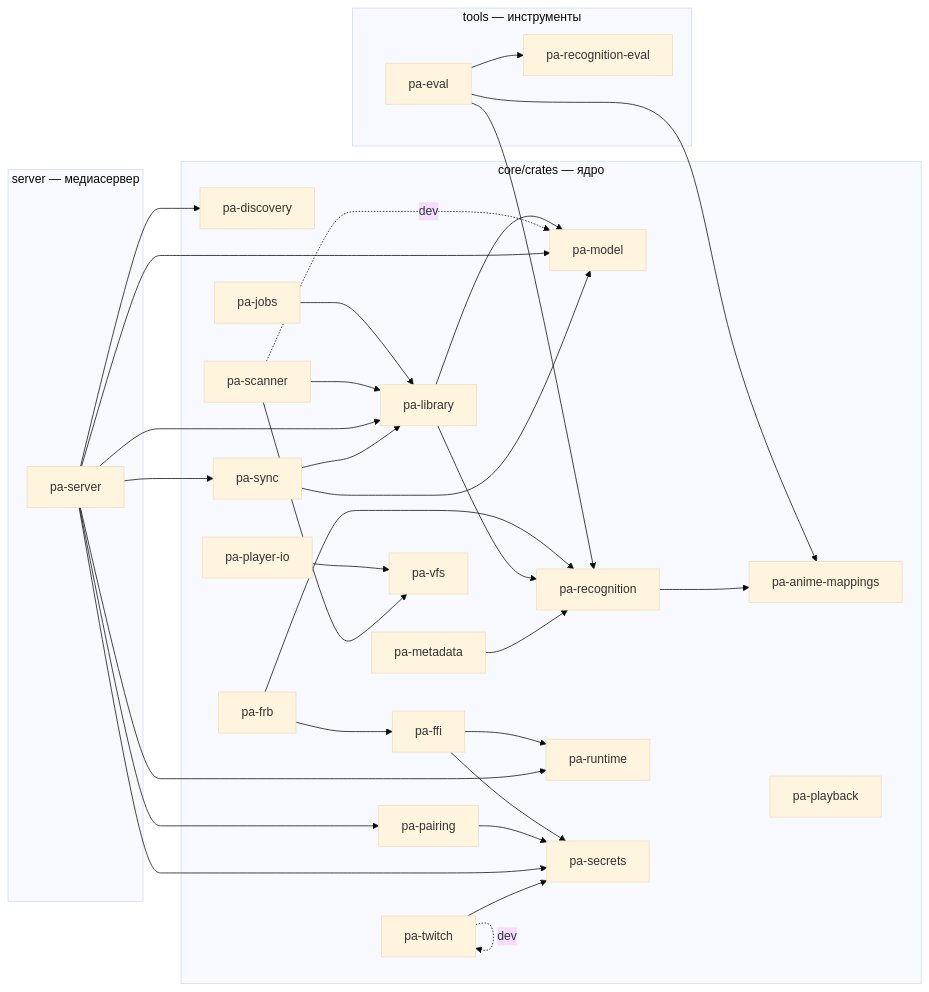
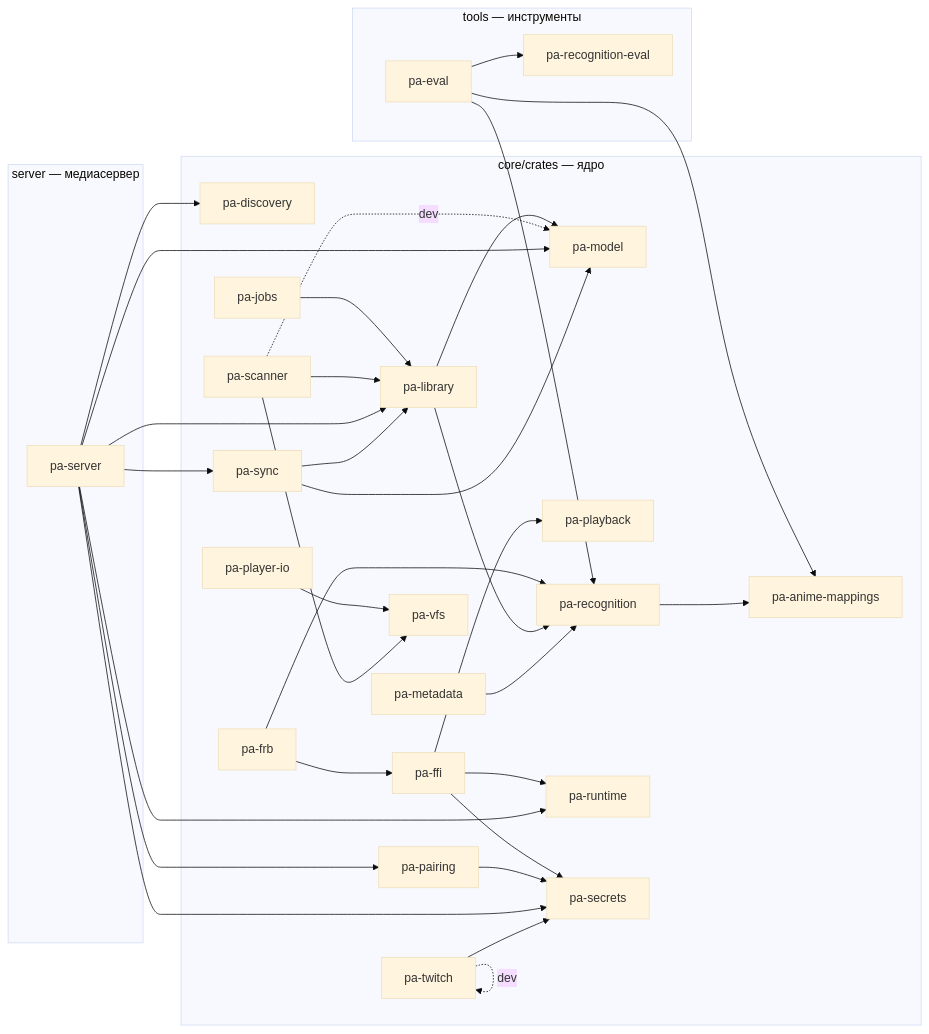
The diagram in docs/dev/crate-graph.md (DenisHumen/project_alpha), drawn with Mermaid (base theme) before and after one commit. The commit also changed 5 other files, not shown here.

Commit message:
docs(play-and): READMEs for the Media3 engine and plugin; crate graph; ROADMAP [PLAY-AND-002]

````diff
--- a/docs/dev/crate-graph.md
+++ b/docs/dev/crate-graph.md
@@ -12,58 +12,59 @@
 ```mermaid
 flowchart LR
   subgraph g0["core/crates — ядро"]
     pa_anime_mappings["pa-anime-mappings"]
     pa_discovery["pa-discovery"]
     pa_ffi["pa-ffi"]
     pa_frb["pa-frb"]
     pa_jobs["pa-jobs"]
     pa_library["pa-library"]
     pa_metadata["pa-metadata"]
     pa_model["pa-model"]
     pa_pairing["pa-pairing"]
     pa_playback["pa-playback"]
     pa_player_io["pa-player-io"]
     pa_recognition["pa-recognition"]
     pa_runtime["pa-runtime"]
     pa_scanner["pa-scanner"]
     pa_secrets["pa-secrets"]
     pa_sync["pa-sync"]
     pa_twitch["pa-twitch"]
     pa_vfs["pa-vfs"]
   end
   subgraph g1["server — медиасервер"]
     pa_server["pa-server"]
   end
   subgraph g2["tools — инструменты"]
     pa_eval["pa-eval"]
     pa_recognition_eval["pa-recognition-eval"]
   end
   pa_eval --> pa_anime_mappings
   pa_eval --> pa_recognition
   pa_eval --> pa_recognition_eval
+  pa_ffi --> pa_playback
   pa_ffi --> pa_runtime
   pa_ffi --> pa_secrets
   pa_frb --> pa_ffi
   pa_frb --> pa_recognition
   pa_jobs --> pa_library
   pa_library --> pa_model
   pa_library --> pa_recognition
   pa_metadata --> pa_recognition
   pa_pairing --> pa_secrets
   pa_player_io --> pa_vfs
   pa_recognition --> pa_anime_mappings
   pa_scanner --> pa_library
   pa_scanner -. dev .-> pa_model
   pa_scanner --> pa_vfs
   pa_server --> pa_discovery
   pa_server --> pa_library
   pa_server --> pa_model
   pa_server --> pa_pairing
   pa_server --> pa_runtime
   pa_server --> pa_secrets
   pa_server --> pa_sync
   pa_sync --> pa_library
   pa_sync --> pa_model
   pa_twitch --> pa_secrets
   pa_twitch -. dev .-> pa_twitch
 ```
````
